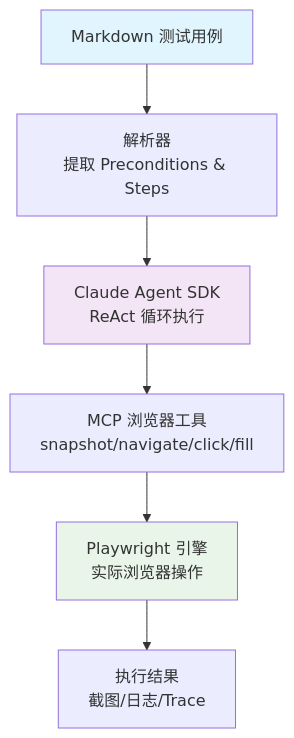
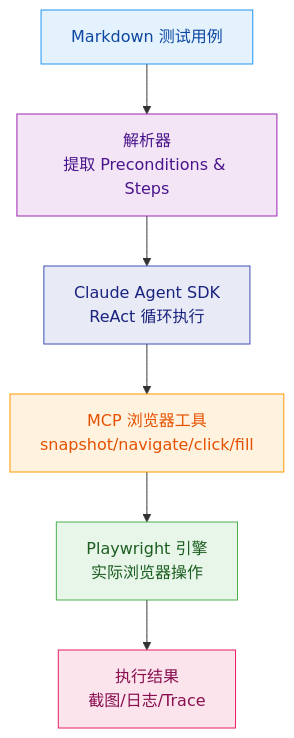
Before and after one commit to xiaoliu660/AutoQA-Agent: the diagram in README.md, drawn with Mermaid. The commit also changed 2 other files, not shown here.

Commit message:
Improve Mermaid diagram colors for better GitHub visibility
- Update flowchart colors to Material Design palette
- Add stroke borders and dark text for better contrast
- Ensure readability on both light and dark themes
- Colors now render better on GitHub's Mermaid renderer

Also update sprint status and add analysis for Story 3.2:
- Document that Story 3.2 may be unnecessary due to existing ref-first strategy
- Error回流机制已通过现有实现达成
- Agent SDK automatically handles retry logic

🤖 Generated with [Claude Code](https://claude.com/claude-code)

````diff
--- a/README.md
+++ b/README.md
@@ -93,12 +93,15 @@
 ```mermaid
 flowchart TD
     A["Markdown 测试用例"] --> B["解析器<br/>提取 Preconditions & Steps"]
     B --> C["Claude Agent SDK<br/>ReAct 循环执行"]
     C --> D["MCP 浏览器工具<br/>snapshot/navigate/click/fill"]
     D --> E["Playwright 引擎<br/>实际浏览器操作"]
     E --> F["执行结果<br/>截图/日志/Trace"]
 
-    style A fill:#e1f5fe
-    style C fill:#f3e5f5
-    style E fill:#e8f5e8
+    style A fill:#e3f2fd,stroke:#2196f3,color:#0d47a1
+    style B fill:#f3e5f5,stroke:#9c27b0,color:#4a148c
+    style C fill:#e8eaf6,stroke:#3f51b5,color:#1a237e
+    style D fill:#fff3e0,stroke:#ff9800,color:#e65100
+    style E fill:#e8f5e9,stroke:#4caf50,color:#1b5e20
+    style F fill:#fce4ec,stroke:#e91e63,color:#880e4f
 ```
````
